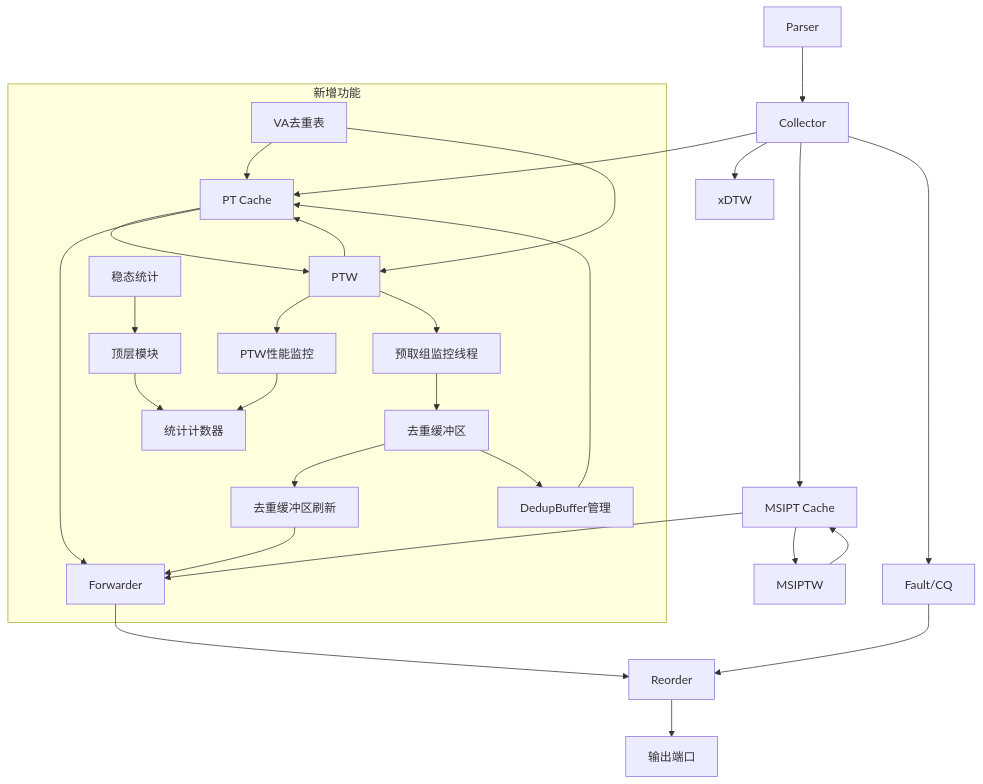
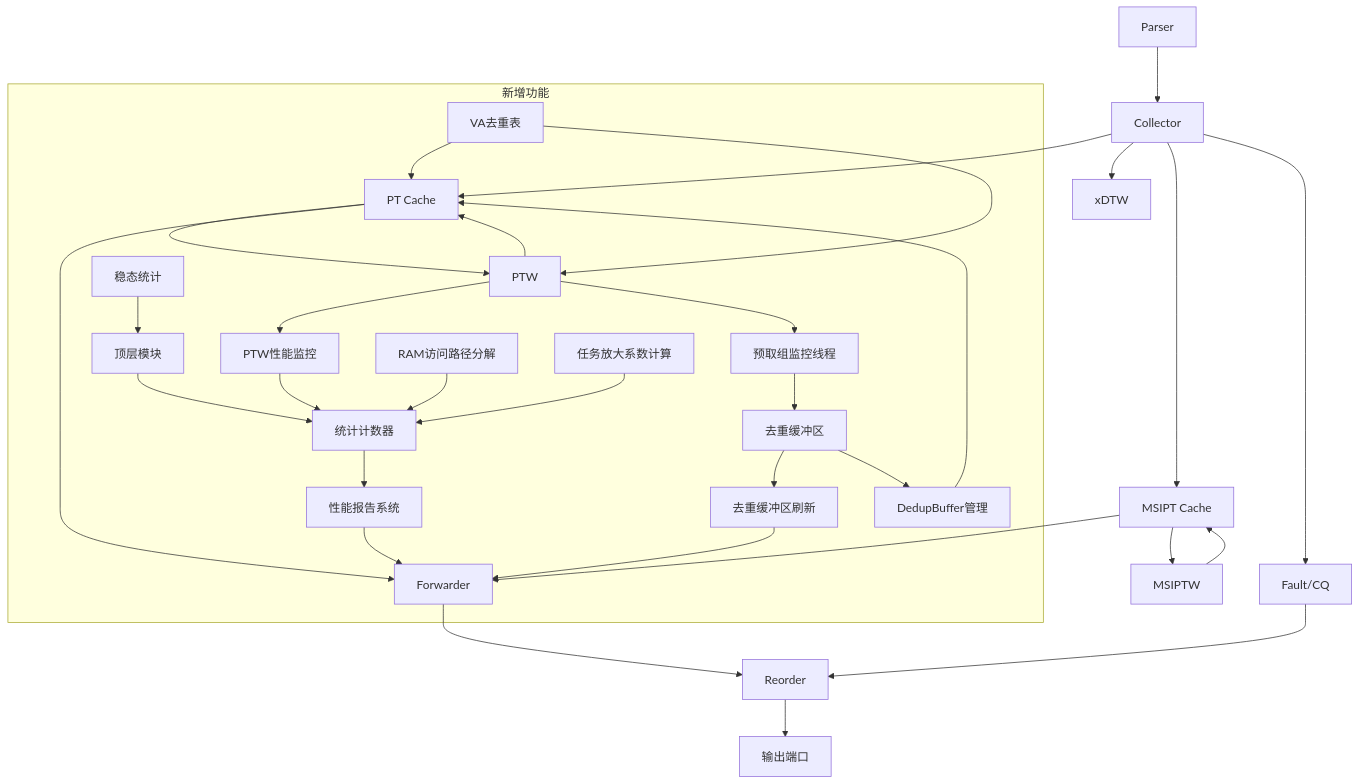
Before and after one commit to jiangjiang1122/iommu_model_20260401_v1: diagram 17 of 18 in .qoder/repowiki/zh/content/性能模型实现/性能模型实现.md, drawn with Mermaid. The commit also changed other lines of this file and 25 other files, not shown here.

````diff
--- a/.qoder/repowiki/zh/content/性能模型实现/性能模型实现.md
+++ b/.qoder/repowiki/zh/content/性能模型实现/性能模型实现.md
@@ -614,31 +695,35 @@
 ```mermaid
 graph TB
 P["Parser"] --> C["Collector"]
 C --> X["xDTW"]
 C --> PT["PT Cache"]
 PT --> PW["PTW"]
 PW --> PT
 C --> MSI["MSIPT Cache"]
 MSI --> MSIW["MSIPTW"]
 MSIW --> MSI
 PT --> F["Forwarder"]
 MSI --> F
 F --> R["Reorder"]
 C --> FA["Fault/CQ"]
 FA --> R
 R --> OUT["输出端口"]
 subgraph "新增功能"
 VD["VA去重表"] --> PT
 VD --> PW
 SS["稳态统计"] --> TOP["顶层模块"]
 TOP --> ST["统计计数器"]
 PW --> STATS["PTW性能监控"]
 STATS --> ST
 PW --> MON["预取组监控线程"]
 MON --> DEDUP["去重缓冲区"]
 DEDUP --> FLUSH["去重缓冲区刷新"]
 FLUSH --> F
 DEDUP --> BUF["DedupBuffer管理"]
 BUF --> PT
+RAM["RAM访问路径分解"] --> ST
+AMP["任务放大系数计算"] --> ST
+ST --> REPORT["性能报告系统"]
+REPORT --> F
 end
 ```
````
